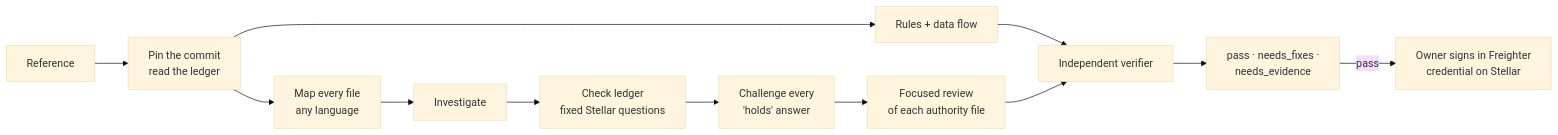
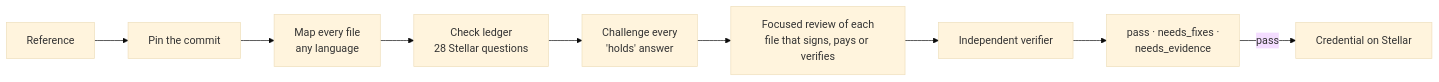
Before and after one commit to furkan3152/Touchmark_agent: the diagram in README.md, drawn with Mermaid (base theme). The commit also changed other lines of this file, not shown here.

Commit message:
Rewrite the README around Stellar positioning and the real-defect benchmark

````diff
--- a/README.md
+++ b/README.md
@@ -53,12 +67,10 @@
 ```mermaid
 flowchart LR
-    R["Reference"] --> P["Pin the commit<br/>read the ledger"]
-    P --> RULES["Rules + data flow"]
+    R["Reference"] --> P["Pin the commit"]
     P --> MAP["Map every file<br/>any language"]
-    MAP --> INV["Investigate"] --> LEDGER["Check ledger<br/>fixed Stellar questions"]
-    LEDGER --> CH["Challenge every<br/>'holds' answer"] --> UNIT["Focused review<br/>of each authority file"]
-    RULES --> VER["Independent verifier"]
-    UNIT --> VER
+    MAP --> LEDGER["Check ledger<br/>28 Stellar questions"]
+    LEDGER --> CH["Challenge every<br/>'holds' answer"] --> UNIT["Focused review of each<br/>file that signs, pays or verifies"]
+    UNIT --> VER["Independent verifier"]
     VER --> DEC["pass · needs_fixes ·<br/>needs_evidence"]
-    DEC -->|pass| CHAIN["Owner signs in Freighter<br/>credential on Stellar"]
+    DEC -->|pass| CHAIN["Credential on Stellar"]
 ```
````
